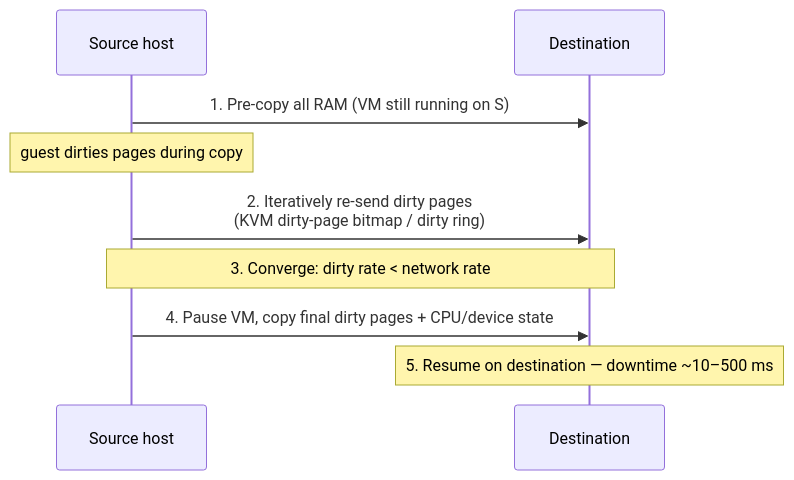
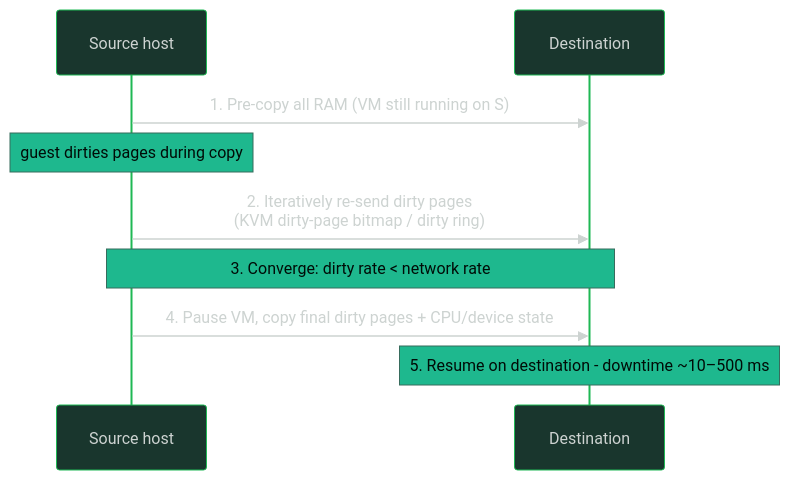
One commit to oat431/swe-knowledge changed the diagram in computing-foundation-note/Operating Systems/05 Virtualization & Containers/05 Virtualization - KVM & Hypervisors.md. Above: the diagram before and after it, drawn with Mermaid. The commit also changed other lines of this file and 139 other files, not shown here.

````diff
--- a/computing-foundation-note/Operating Systems/05 Virtualization & Containers/05 Virtualization - KVM & Hypervisors.md
+++ b/computing-foundation-note/Operating Systems/05 Virtualization & Containers/05 Virtualization - KVM & Hypervisors.md
@@ -104,11 +104,12 @@
 ```mermaid
+%%{init: {'theme':'base','themeVariables':{'actorBkg':'#19362D','actorBorder':'#1FB854','actorTextColor':'#CDD3D1','actorLineColor':'#1FB854','signalColor':'#CDD3D1','signalTextColor':'#CDD3D1','labelBoxBkgColor':'#161212','labelBoxBorderColor':'#1FB854','labelTextColor':'#CDD3D1','loopTextColor':'#CAC9C9','noteBkgColor':'#1EB88E','noteTextColor':'#000C07','activationBkgColor':'#1EB88E','activationBorderColor':'#1FB8AB','sequenceNumberColor':'#000000','background':'#1B1717','titleColor':'#1FB854','edgeLabelBackground':'#161212','fontSize':'14px'}}}%%
 sequenceDiagram
     participant S as Source host
     participant D as Destination
     S->>D: 1. Pre-copy all RAM (VM still running on S)
     Note over S: guest dirties pages during copy
     S->>D: 2. Iteratively re-send dirty pages<br/>(KVM dirty-page bitmap / dirty ring)
     Note over S,D: 3. Converge: dirty rate < network rate
     S->>D: 4. Pause VM, copy final dirty pages + CPU/device state
-    Note over D: 5. Resume on destination — downtime ~10–500 ms
+    Note over D: 5. Resume on destination - downtime ~10–500 ms
 ```
````
